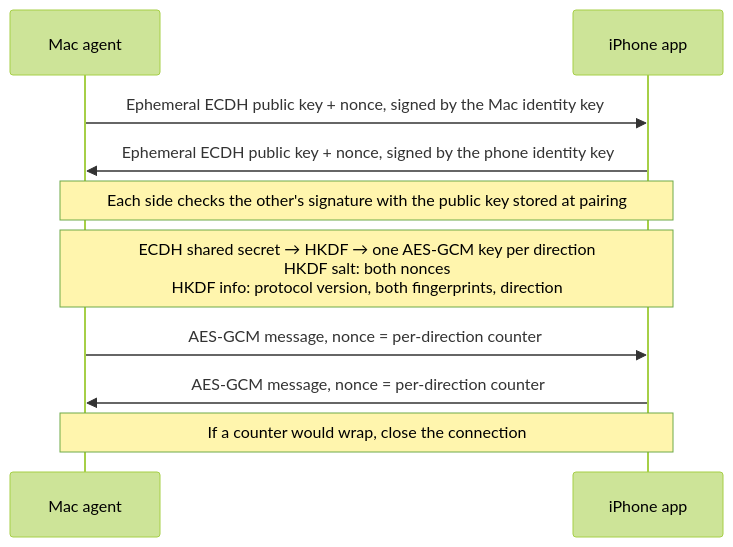
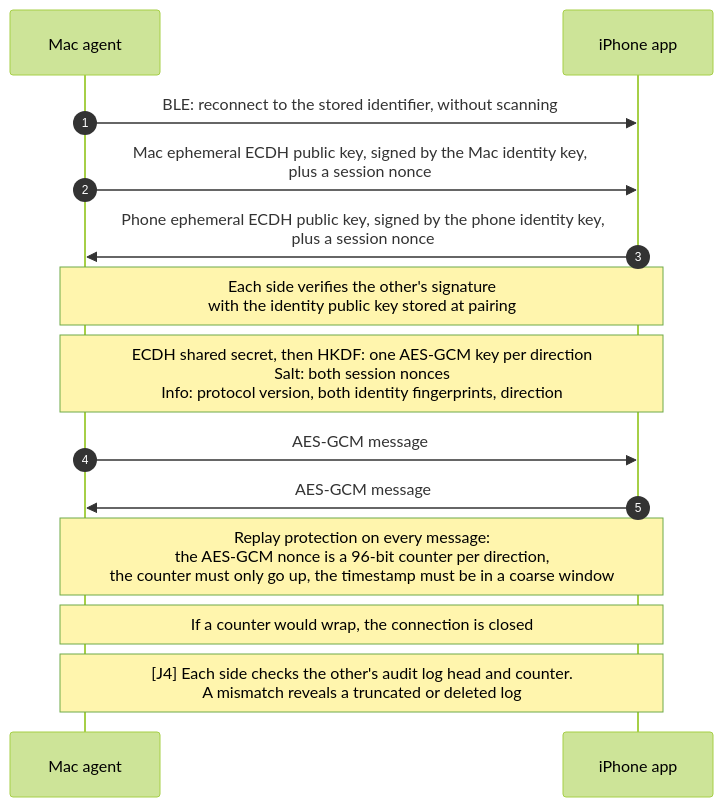
One commit to Samylay/sentry-key changed the third of 4 diagrams in docs/FLOWS.md. Above: the diagram before and after it, drawn with Mermaid (forest theme). The commit also changed other lines of this file and 1 other file, not shown here.

First line of the commit message:
Revise flow diagrams after adversarial review (prompt P-010)

````diff
--- a/docs/FLOWS.md
+++ b/docs/FLOWS.md
@@ -64,13 +85,17 @@
 ```mermaid
 sequenceDiagram
+  autonumber
   participant M as Mac agent
   participant P as iPhone app
 
-  M->>P: Ephemeral ECDH public key + nonce, signed by the Mac identity key
-  P->>M: Ephemeral ECDH public key + nonce, signed by the phone identity key
-  Note over M,P: Each side checks the other's signature with the public key stored at pairing
-  Note over M,P: ECDH shared secret → HKDF → one AES-GCM key per direction<br/>HKDF salt: both nonces<br/>HKDF info: protocol version, both fingerprints, direction
-  M->>P: AES-GCM message, nonce = per-direction counter
-  P->>M: AES-GCM message, nonce = per-direction counter
-  Note over M,P: If a counter would wrap, close the connection
+  M->>P: BLE: reconnect to the stored identifier, without scanning
+  M->>P: Mac ephemeral ECDH public key, signed by the Mac identity key,<br/>plus a session nonce
+  P->>M: Phone ephemeral ECDH public key, signed by the phone identity key,<br/>plus a session nonce
+  Note over M,P: Each side verifies the other's signature<br/>with the identity public key stored at pairing
+  Note over M,P: ECDH shared secret, then HKDF: one AES-GCM key per direction<br/>Salt: both session nonces<br/>Info: protocol version, both identity fingerprints, direction
+  M->>P: AES-GCM message
+  P->>M: AES-GCM message
+  Note over M,P: Replay protection on every message:<br/>the AES-GCM nonce is a 96-bit counter per direction,<br/>the counter must only go up, the timestamp must be in a coarse window
+  Note over M,P: If a counter would wrap, the connection is closed
+  Note over M,P: [J4] Each side checks the other's audit log head and counter.<br/>A mismatch reveals a truncated or deleted log
 ```
````
